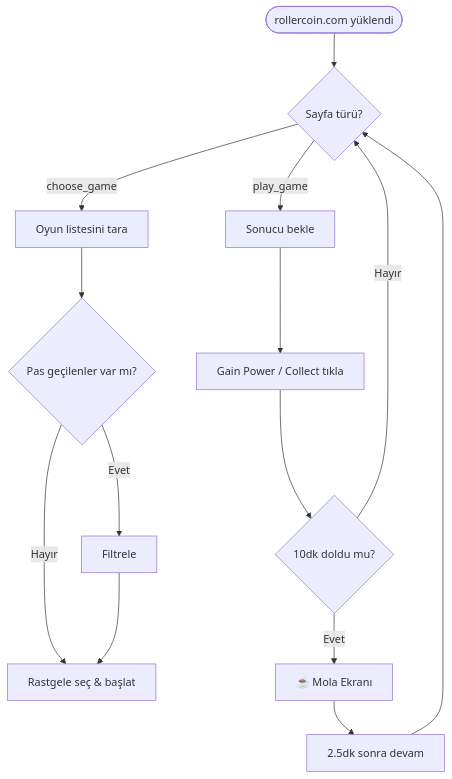
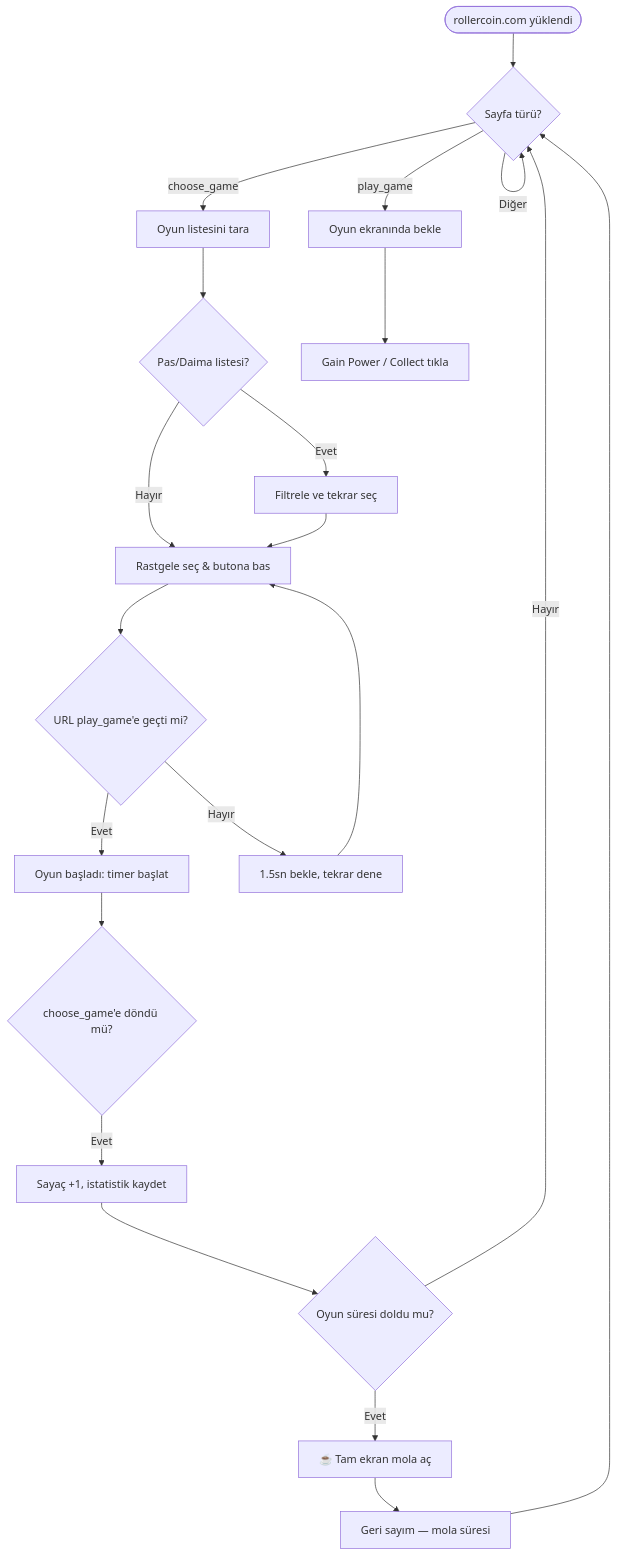
Before and after one commit to nyx47rd/rchelper: the diagram in README.md, drawn with Mermaid. The commit also changed other lines of this file, not shown here.

````diff
--- a/README.md
+++ b/README.md
@@ -193,16 +331,26 @@
 ```mermaid
 graph TD
     A([rollercoin.com yüklendi]) --> B{Sayfa türü?}
     B -->|choose_game| C[Oyun listesini tara]
-    B -->|play_game| D[Sonucu bekle]
-    C --> E{Pas geçilenler var mı?}
-    E -->|Evet| F[Filtrele]
-    E -->|Hayır| G[Rastgele seç & başlat]
+    B -->|play_game| D[Oyun ekranında bekle]
+    B -->|Diğer| B
+
+    C --> E{Pas/Daima listesi?}
+    E -->|Evet| F[Filtrele ve tekrar seç]
+    E -->|Hayır| G[Rastgele seç & butona bas]
     F --> G
-    D --> H[Gain Power / Collect tıkla]
-    H --> I{10dk doldu mu?}
-    I -->|Evet| J[☕ Mola Ekranı]
-    J --> K[2.5dk sonra devam]
-    K --> B
-    I -->|Hayır| B
+
+    G --> H{URL play_game'e geçti mi?}
+    H -->|Evet| I[Oyun başladı: timer başlat]
+    H -->|Hayır| J[1.5sn bekle, tekrar dene]
+    J --> G
+
+    D --> K[Gain Power / Collect tıkla]
+    I --> L{choose_game'e döndü mü?}
+    L -->|Evet| M[Sayaç +1, istatistik kaydet]
+    M --> N{Oyun süresi doldu mu?}
+    N -->|Evet| O[☕ Tam ekran mola aç]
+    N -->|Hayır| B
+    O --> P[Geri sayım — mola süresi]
+    P --> B
 ```
````
